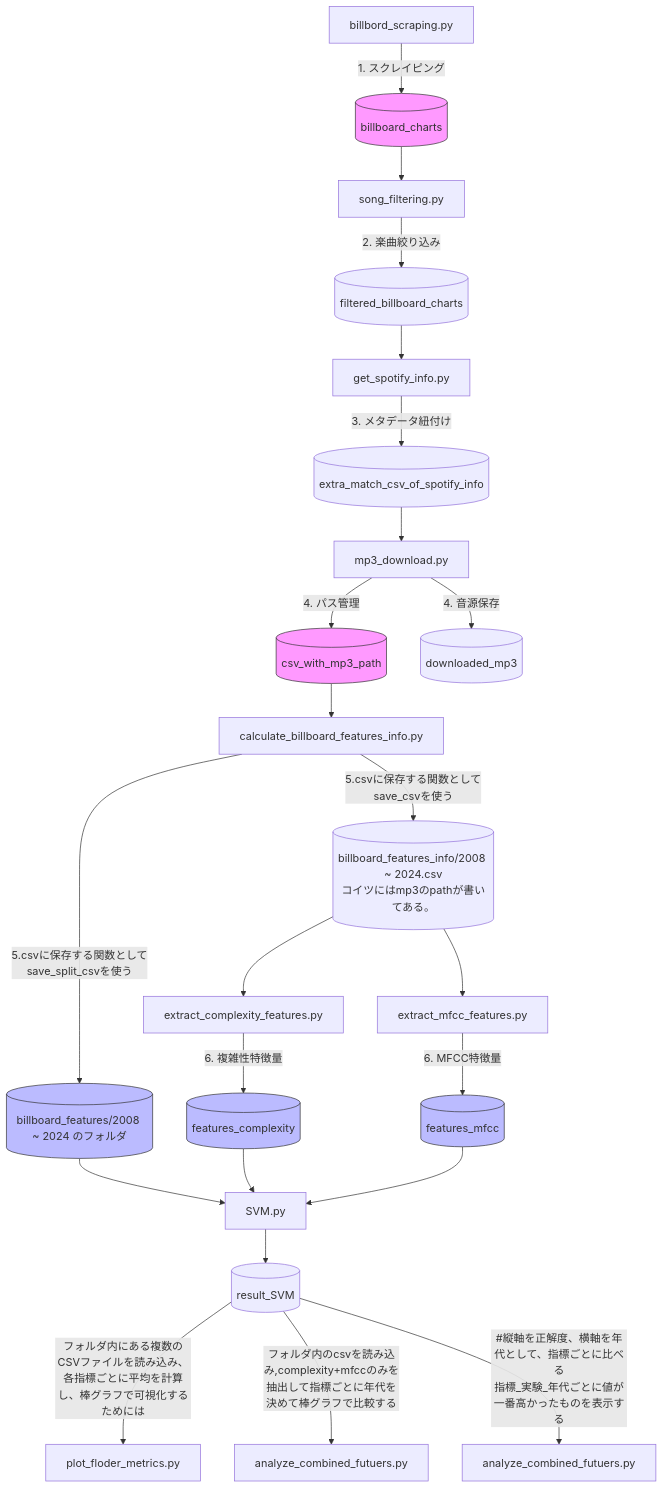
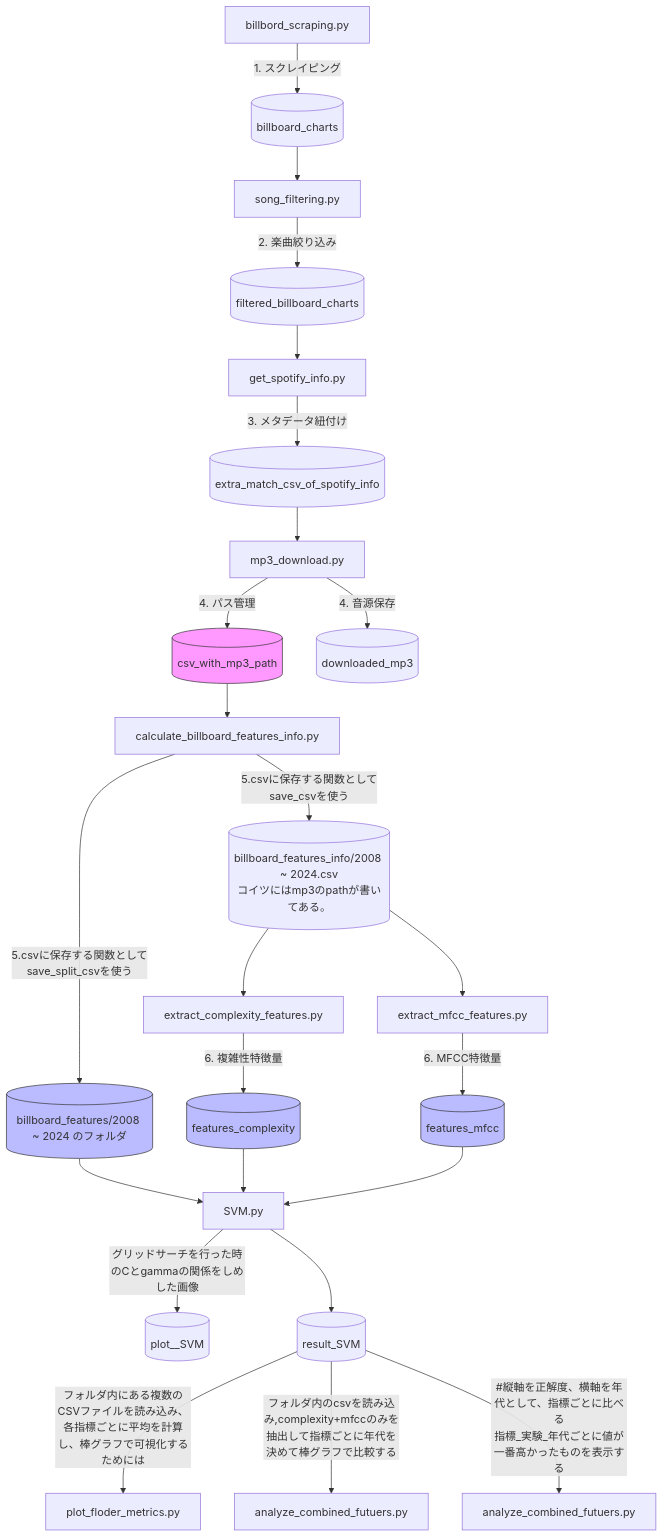
The diagram in README.md (yuta1016/Graduation_Research), drawn with Mermaid before and after one commit. The commit also changed other lines of this file and 1 other file, not shown here.

````diff
--- a/README.md
+++ b/README.md
@@ -16,50 +32,52 @@
 ```mermaid
 graph TD
     %% データの取得とフィルタリング
-    Step1[billbord_scraping.py] -->|1. スクレイピング| Dir1[(billboard_charts)]
+    Step1[billbord_scraping.py] -->|1. スクレイピング| Dir1[(billboard_charts<br/>)]
+    
     Dir1 --> Step2[song_filtering.py]
     Step2 -->|2. 楽曲絞り込み| Dir2[(filtered_billboard_charts)]
     
     %% Spotifyメタ情報の取得
     Dir2 --> Step3[get_spotify_info.py]
     Step3 -->|3. メタデータ紐付け| Dir3[(extra_match_csv_of_spotify_info)]
     
     %% 音源ダウンロード
     Dir3 --> Step4[mp3_download.py]
     Step4 -->|4. パス管理| Dir4[(csv_with_mp3_path)]
     Step4 -->|4. 音源保存| Dir5[(downloaded_mp3)]
     
 
     %% 特徴量抽出とデータ分割
     Dir4 --> Step5[calculate_billboard_features_info.py]
 
     %%csvに保存する関数の種類（名前ごみでごめんなさ）
     Step5 -->|5.csvに保存する関数としてsave_split_csvを使う| Out1[(billboard_features/2008 ~ 2024 のフォルダ<br/>)]
     Step5 -->|5.csvに保存する関数としてsave_csvを使う| Dir7[(billboard_features_info/2008 ~ 2024.csv<br/>コイツにはmp3のpathが書いてある。)]
 
     %%音響的特徴量の抽出
     Dir7 --> Step6[extract_complexity_features.py]
     Dir7 --> Step7[extract_mfcc_features.py]
 
     %% 最終成果物
     %%Step5 -->|5. 分割データ| Out1[(billboard_features<br/>2008 ~ 2024)]
     Step6 -->|6. 複雑性特徴量| Out2[(features_complexity)]
     Step7 -->|6. MFCC特徴量| Out3[(features_mfcc)]
 
     %% 予測
     Out1 & Out2 & Out3 --> Step8[SVM.py]
 
     %% 結果
+    Step8 --> |グリッドサーチを行った時のCとgammaの関係をしめした画像| Dir8[(plot__SVM)]
     Step8 --> Step9[(result_SVM)]
 
     %%可視化
     Step9 --> |フォルダ内にある複数のCSVファイルを読み込み、各指標ごとに平均を計算し、棒グラフで可視化するためには|　Dir10[plot_floder_metrics.py]
     Step9 --> |フォルダ内のcsvを読み込み,complexity+mfccのみを抽出して指標ごとに年代を決めて棒グラフで比較する| Dir11[analyze_combined_futuers.py]
     Step9 --> |#縦軸を正解度、横軸を年代として、指標ごとに比べる<br/>指標_実験_年代ごとに値が一番高かったものを表示する| Dir12[analyze_combined_futuers.py]
 
-    style Dir1 fill:#f9f,stroke:#333
+    %%style Dir1 fill:#f9f,stroke:#333
     style Dir4 fill:#f9f,stroke:#333
     style Out1 fill:#bbf,stroke:#333
     style Out2 fill:#bbf,stroke:#333
     style Out3 fill:#bbf,stroke:#333
 ```
````
